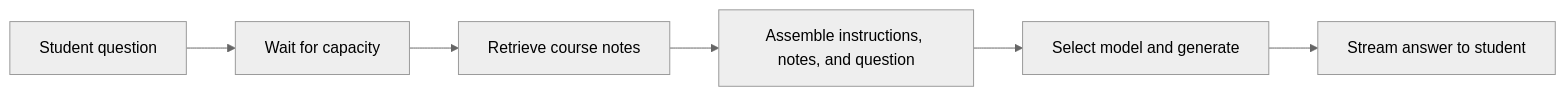
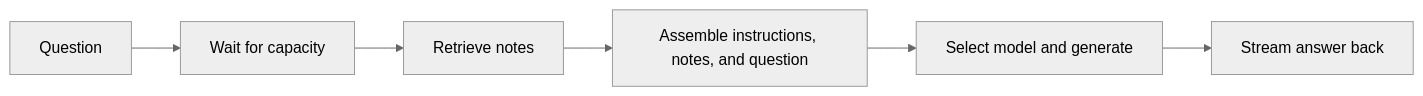
The diagram in README.md (TAMU-Aggie-Data-Science-Club/fall2026-workshop-productionizing-ai), drawn with Mermaid (neutral theme) before and after one commit. The commit also changed other lines of this file and 23 other files, not shown here.

````diff
--- a/README.md
+++ b/README.md
@@ -58,8 +180,8 @@
 ```mermaid
 flowchart LR
-    Q[Student question] --> W[Wait for capacity]
-    W --> R[Retrieve course notes]
+    Q[Question] --> W[Wait for capacity]
+    W --> R[Retrieve notes]
     R --> P[Assemble instructions, notes, and question]
     P --> M[Select model and generate]
-    M --> A[Stream answer to student]
+    M --> A[Stream answer back]
 ```
````
